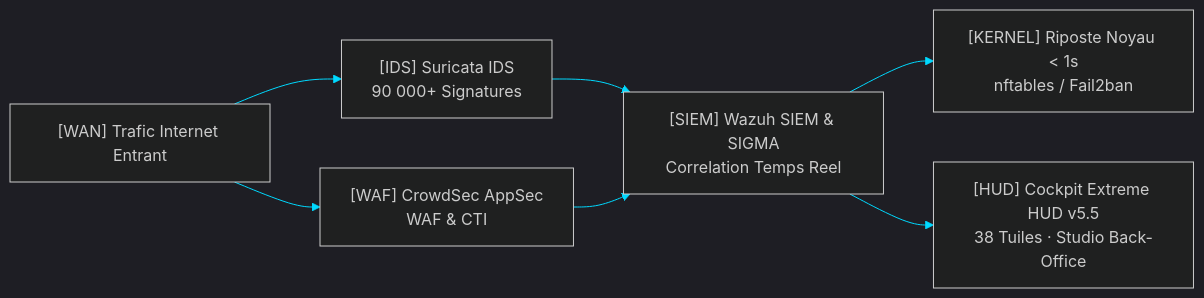
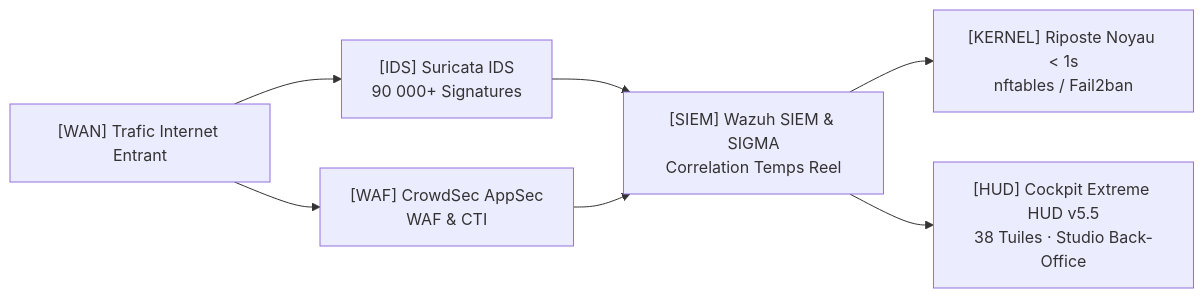
One commit to 0xCyberLiTech/SOC changed the diagram in README.md. Above: the diagram before and after it, drawn with Mermaid.

Commit message:
feat(wireframe-hud): Règle 23 — 100% icônes fil de fer, tutos Debian 13/14 & gardiens Niveau 4+

````diff
--- a/README.md
+++ b/README.md
@@ -50,10 +50,9 @@
 ```mermaid
-%%{init: {'theme': 'dark', 'themeVariables': { 'primaryColor': '#091326', 'primaryTextColor': '#f8fafc', 'primaryBorderColor': '#00d9ff', 'lineColor': '#00d9ff'}}}%%
 flowchart LR
     NET["[WAN] Trafic Internet Entrant"] --> SURI["[IDS] Suricata IDS<br/>90 000+ Signatures"]
     NET --> CROWD["[WAF] CrowdSec AppSec<br/>WAF & CTI"]
     SURI --> WAZUH["[SIEM] Wazuh SIEM & SIGMA<br/>Correlation Temps Reel"]
     CROWD --> WAZUH
     WAZUH --> BAN["[KERNEL] Riposte Noyau < 1s<br/>nftables / Fail2ban"]
     WAZUH --> HUD["[HUD] Cockpit Extreme HUD v5.5<br/>38 Tuiles · Studio Back-Office"]
 ```
````
